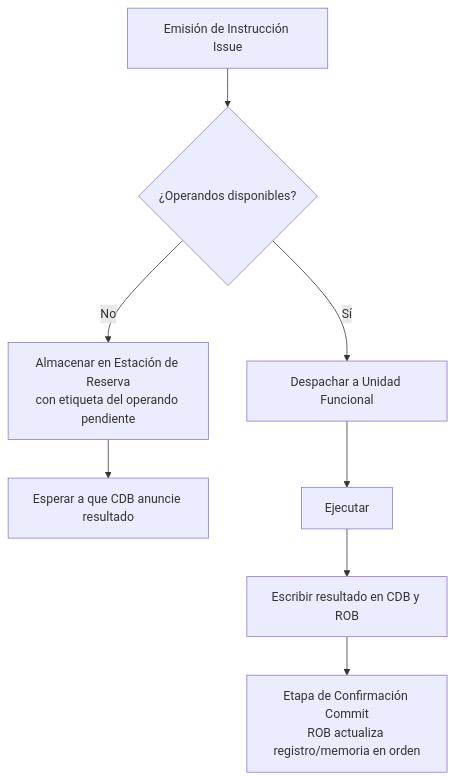
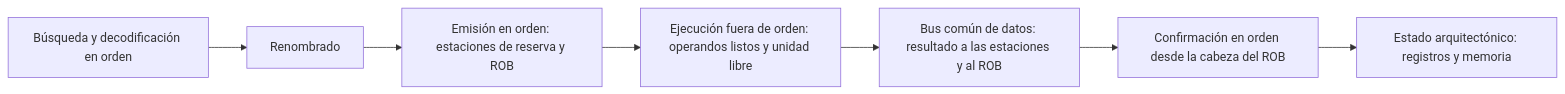
One commit to djaimej/computer-science-template changed the diagram in public/documents/semester-4/4/44121.md. Above: the diagram before and after it, drawn with Mermaid. The commit also changed other lines of this file and 2 other files, not shown here.

````diff
--- a/public/documents/semester-4/4/44121.md
+++ b/public/documents/semester-4/4/44121.md
@@ -39,10 +31,9 @@
 ```mermaid
-flowchart TD
-    A[Emisión de Instrucción Issue] --> B{¿Operandos disponibles?}
-    B -- Sí --> C[Despachar a Unidad Funcional]
-    B -- No --> D[Almacenar en Estación de Reserva<br>con etiqueta del operando pendiente]
-    D --> E[Esperar a que CDB anuncie resultado]
-    C --> F[Ejecutar]
-    F --> G[Escribir resultado en CDB y ROB]
-    G --> H[Etapa de Confirmación Commit<br>ROB actualiza registro/memoria en orden]
+flowchart LR
+    A["Búsqueda y decodificación en orden"] --> B["Renombrado"]
+    B --> C["Emisión en orden: estaciones de reserva y ROB"]
+    C --> D["Ejecución fuera de orden: operandos listos y unidad libre"]
+    D --> E["Bus común de datos: resultado a las estaciones y al ROB"]
+    E --> F["Confirmación en orden desde la cabeza del ROB"]
+    F --> G["Estado arquitectónico: registros y memoria"]
 ```
````
